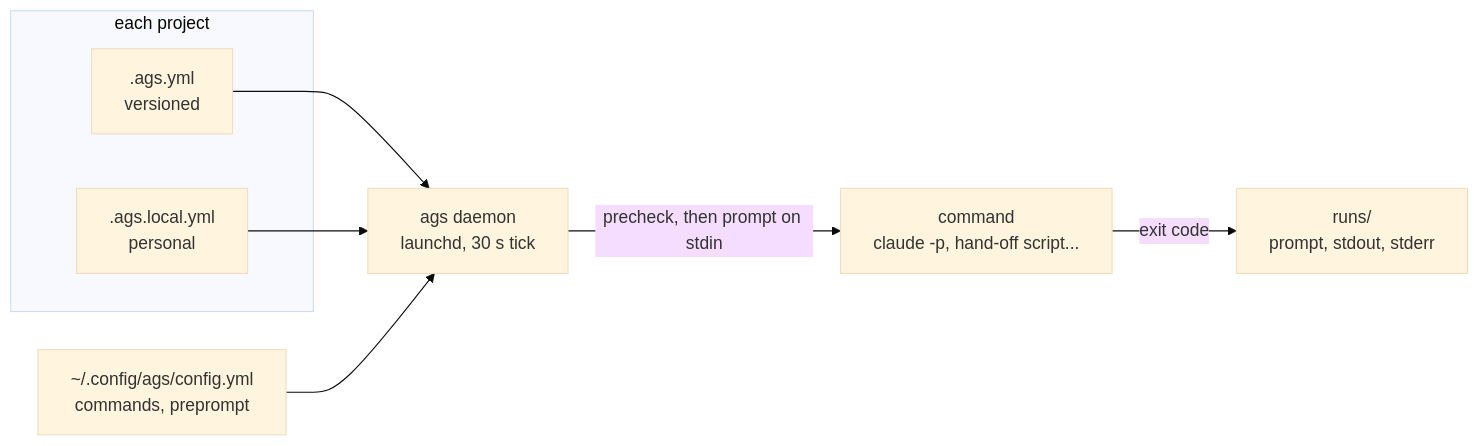
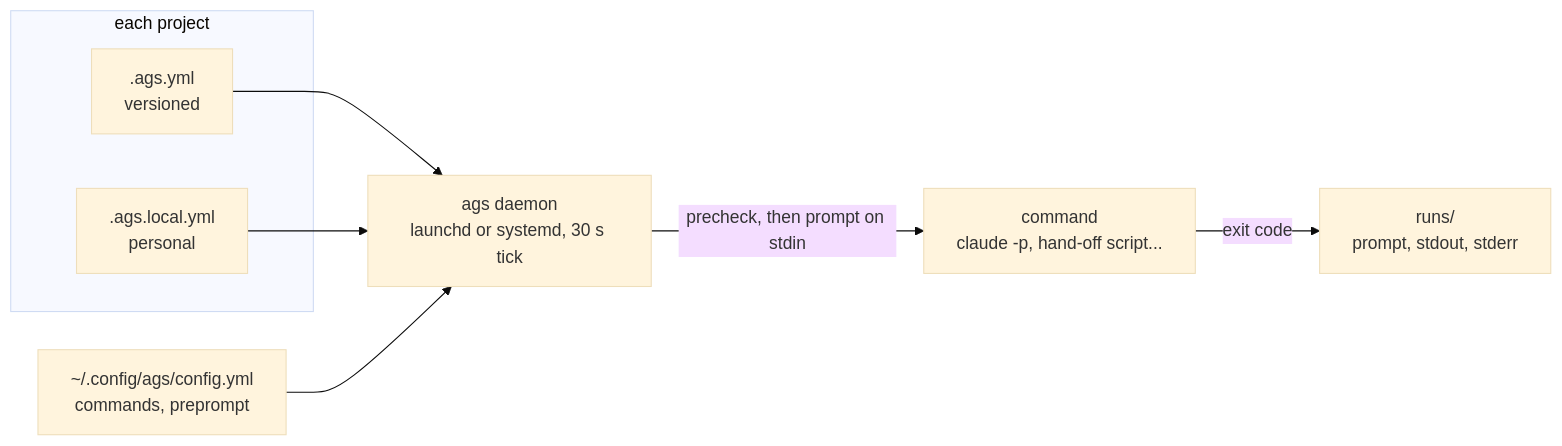
The diagram in README.md (skelz0r/ags), drawn with Mermaid (base theme) before and after one commit. The commit also changed other lines of this file and 2 other files, not shown here.

````diff
--- a/README.md
+++ b/README.md
@@ -217,16 +218,16 @@
 ```mermaid
 flowchart LR
   subgraph repo["each project"]
     shared[".ags.yml<br/>versioned"]
     local[".ags.local.yml<br/>personal"]
   end
   machine["~/.config/ags/config.yml<br/>commands, preprompt"]
-  daemon["ags daemon<br/>launchd, 30 s tick"]
+  daemon["ags daemon<br/>launchd or systemd, 30 s tick"]
   cmd["command<br/>claude -p, hand-off script..."]
   runs["runs/<br/>prompt, stdout, stderr"]
   shared --> daemon
   local --> daemon
   machine --> daemon
   daemon -- "precheck, then prompt on stdin" --> cmd
   cmd -- "exit code" --> runs
 ```
````
